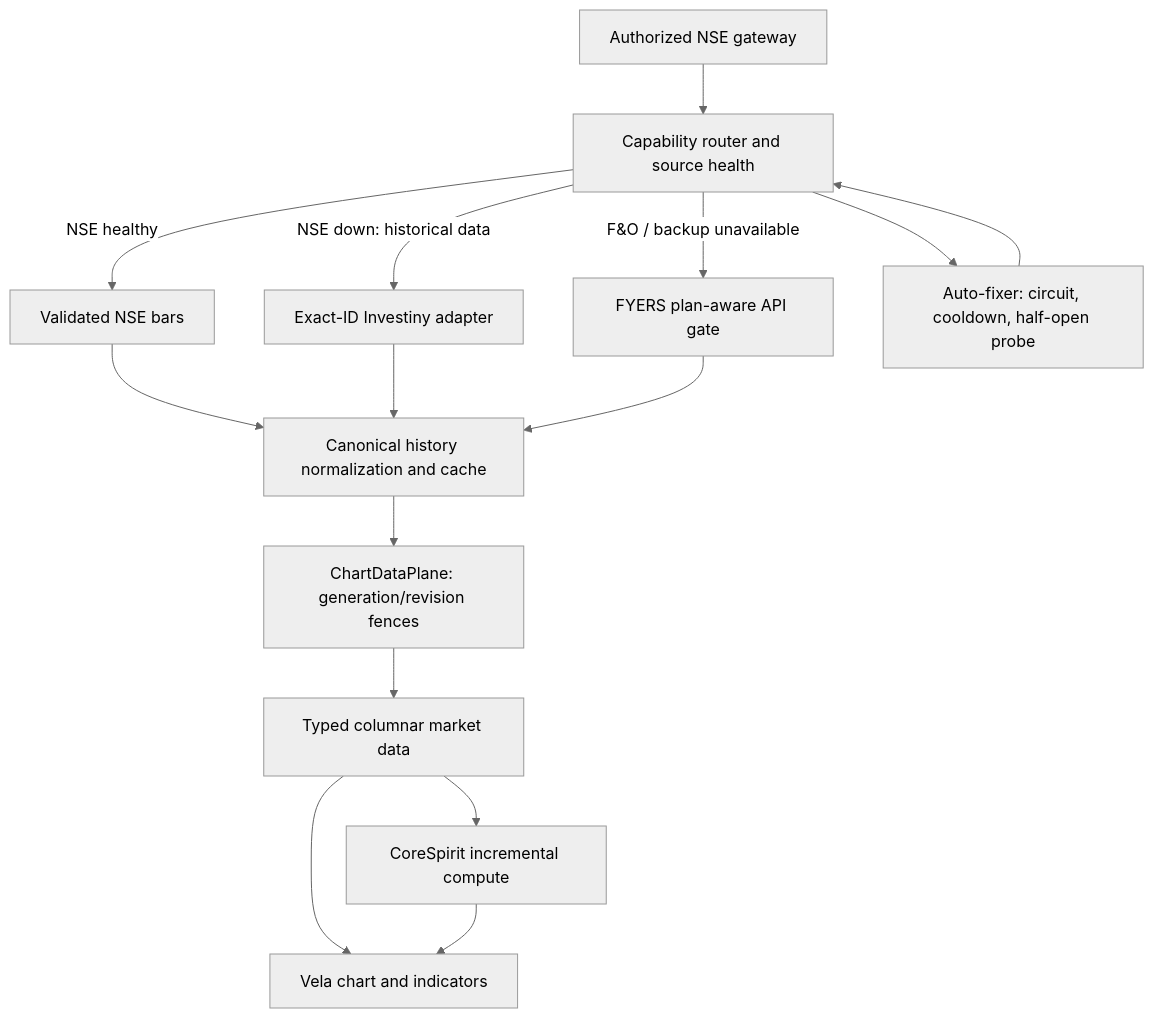
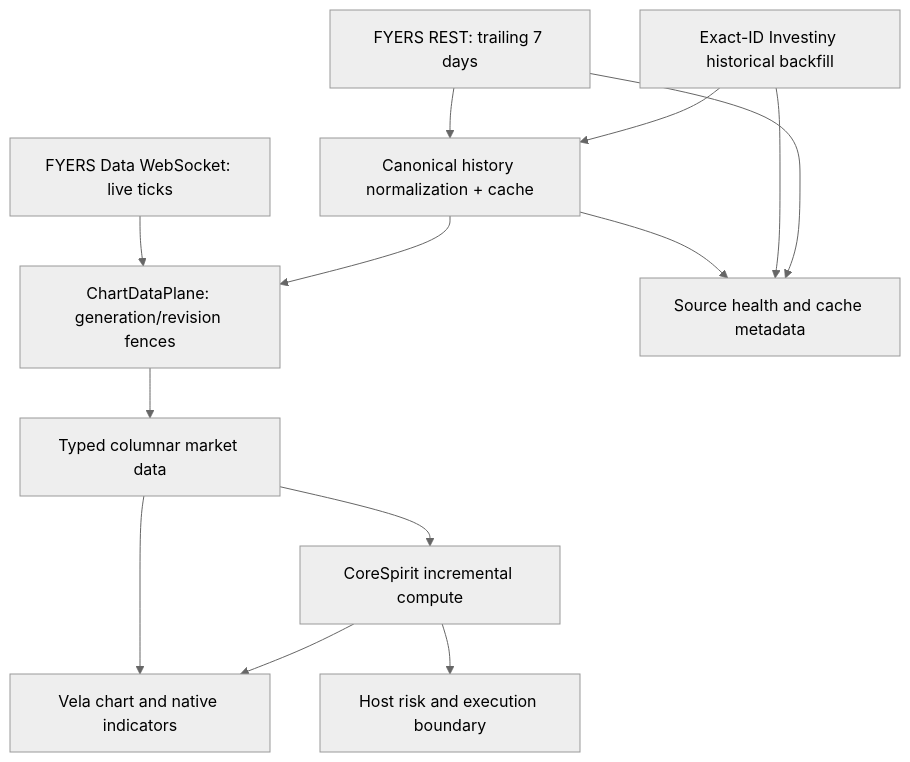
One commit to khvsreddy-code/TradingcoreOS changed the diagram in docs/MARKET_DATA_FLOW.md. Above: the diagram before and after it, drawn with Mermaid (neutral theme). The commit also changed other lines of this file, not shown here.

Commit message:
docs(market-data): document seven-day Fyers and Investiny routing

```diff
--- a/docs/MARKET_DATA_FLOW.md
+++ b/docs/MARKET_DATA_FLOW.md
@@ -5,17 +5,15 @@
 ~~~mermaid
 flowchart TD
-  A[Authorized NSE gateway] --> R[Capability router and source health]
-  R -->|NSE healthy| N[Validated NSE bars]
-  R -->|NSE down: historical data| I[Exact-ID Investiny adapter]
-  R -->|F&O / backup unavailable| F[FYERS plan-aware API gate]
-  N --> C[Canonical history normalization and cache]
-  I --> C
-  F --> C
-  C --> D[ChartDataPlane: generation/revision fences]
+  F[FYERS REST: trailing 7 days] --> C[Canonical history normalization + cache]
+  I[Exact-ID Investiny historical backfill] --> C
+  WS[FYERS Data WebSocket: live ticks] --> D[ChartDataPlane: generation/revision fences]
+  C --> D
   D --> E[Typed columnar market data]
   E --> G[CoreSpirit incremental compute]
-  E --> H[Vela chart and indicators]
+  E --> H[Vela chart and native indicators]
   G --> H
-  R --> X[Auto-fixer: circuit, cooldown, half-open probe]
-  X --> R
+  G --> X[Host risk and execution boundary]
+  C --> A[Source health and cache metadata]
+  I --> A
+  F --> A
 ~~~
```
